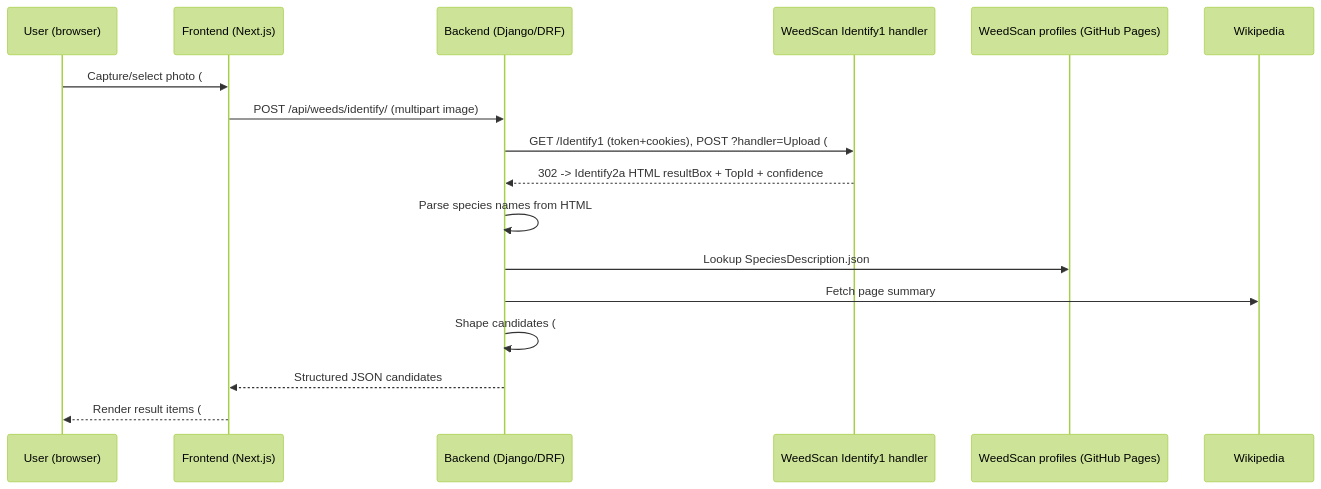
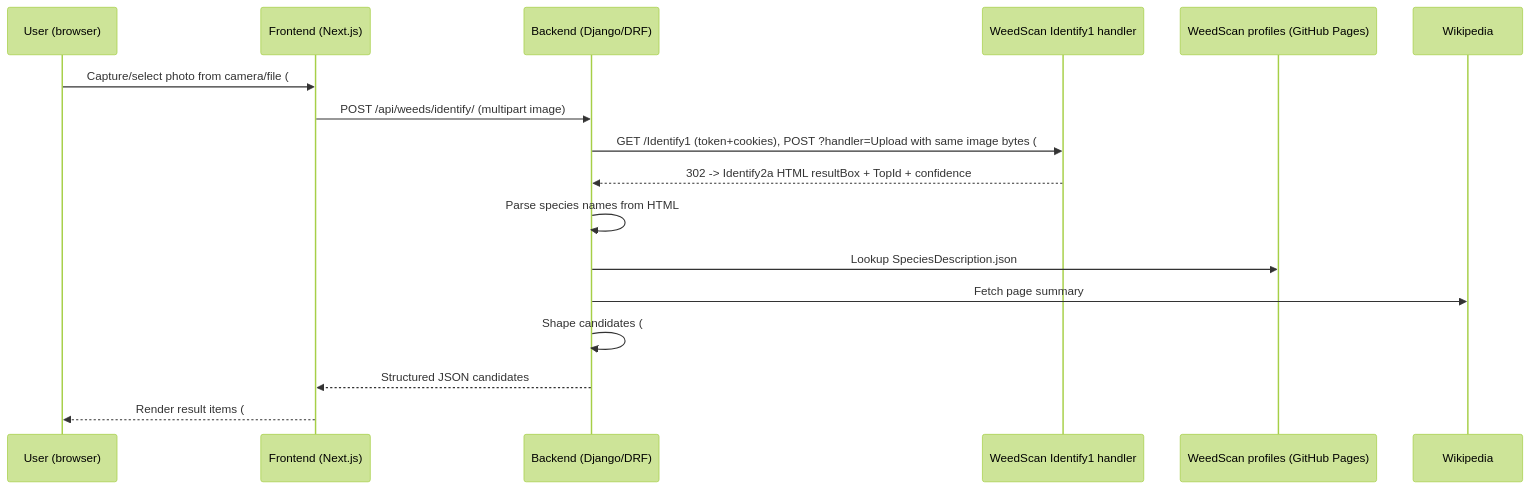
Before and after one commit to zephris/cfc_tokenmaxxing: the diagram in AGENTS.md, drawn with Mermaid (forest theme). The commit also changed other lines of this file, not shown here.

Commit message:
fixed instructions for weed identification flow

````diff
--- a/AGENTS.md
+++ b/AGENTS.md
@@ -54,20 +54,20 @@
 ```mermaid
 sequenceDiagram
     participant U as User (browser)
     participant FE as Frontend (Next.js)
     participant BE as Backend (Django/DRF)
     participant WS as WeedScan Identify1 handler
     participant WP as WeedScan profiles (GitHub Pages)
     participant WK as Wikipedia
 
-    U->>FE: Capture/select photo (#8)
+    U->>FE: Capture/select photo from camera/file (#8)
     FE->>BE: POST /api/weeds/identify/ (multipart image)
-    BE->>WS: GET /Identify1 (token+cookies), POST ?handler=Upload (#9)
+    BE->>WS: GET /Identify1 (token+cookies), POST ?handler=Upload with same image bytes (#9)
     WS-->>BE: 302 -> Identify2a HTML resultBox + TopId + confidence
     BE->>BE: Parse species names from HTML
     BE->>WP: Lookup SpeciesDescription.json
     BE->>WK: Fetch page summary
     BE->>BE: Shape candidates (#11), store WeedSighting
     BE-->>FE: Structured JSON candidates
     FE-->>U: Render result items (#11), confirm/correct menu (#10)
 ```
````
